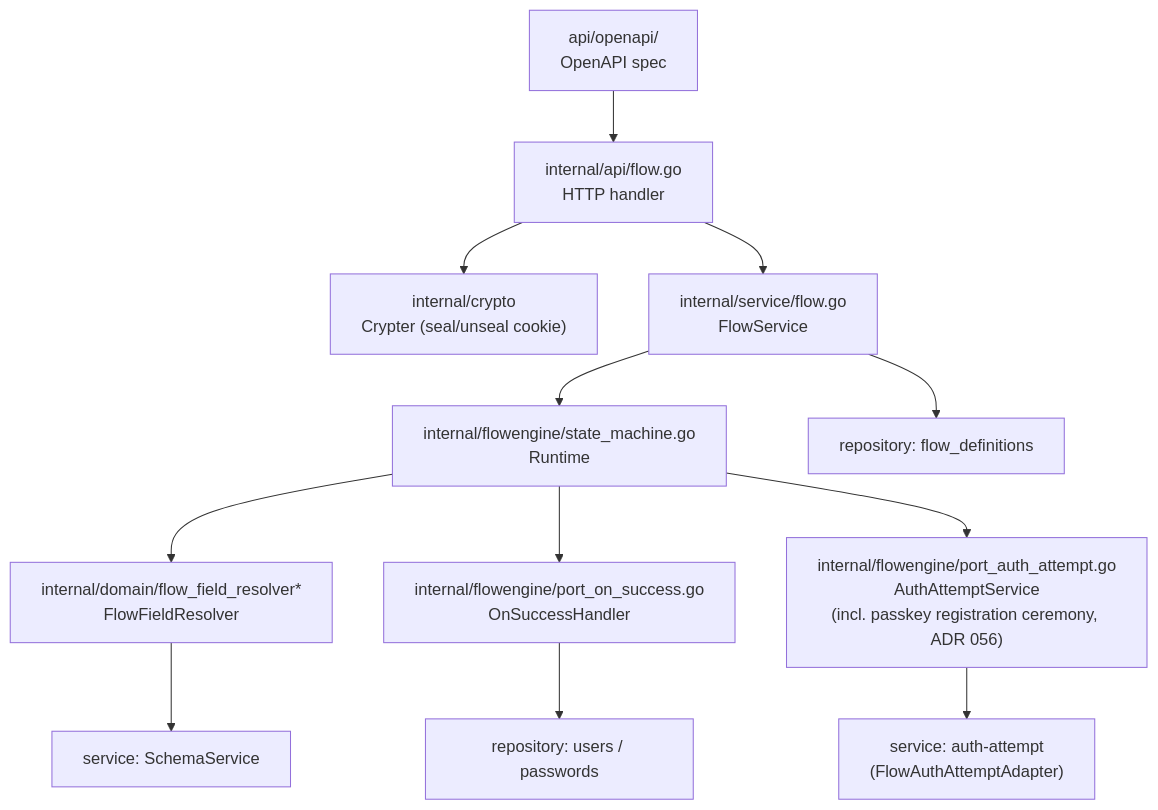
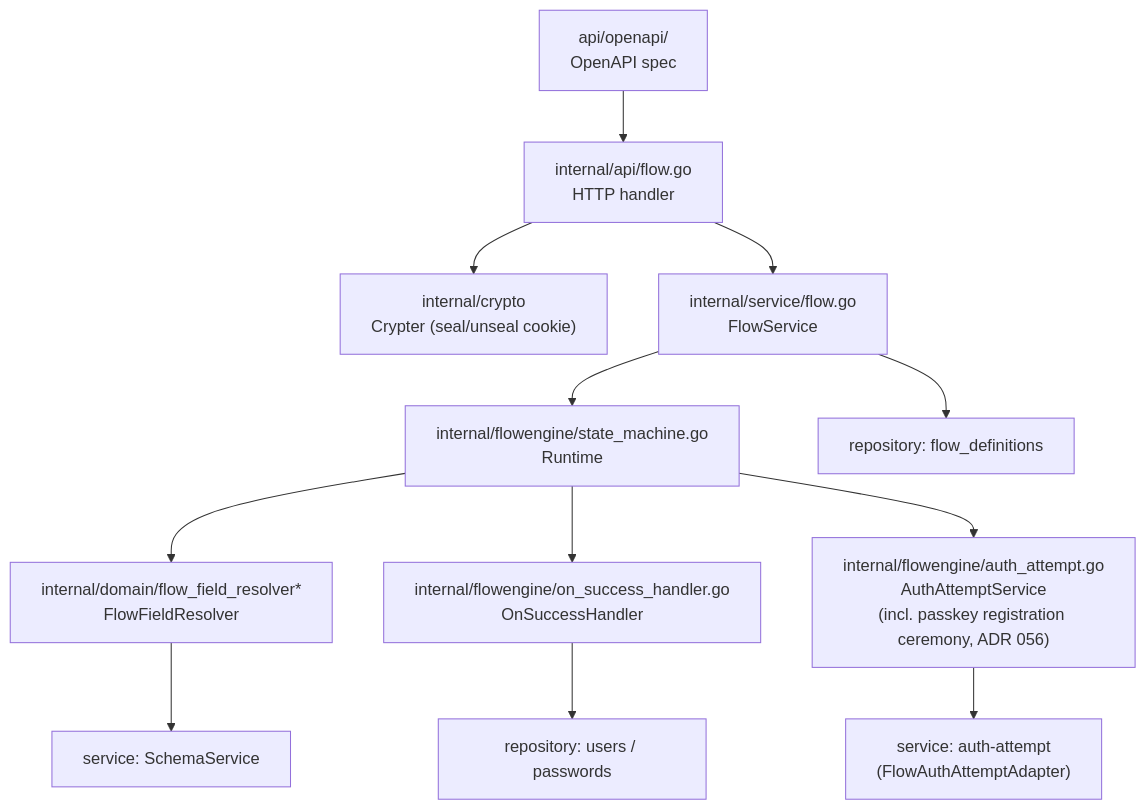
The first of 2 diagrams in docs/design/flowengine/architecture.md (zitadel/nextgen), drawn with Mermaid before and after one commit. The commit also changed other lines of this file and 10 other files, not shown here.

First line of the commit message:
refactor(api): name the flow engine's interface files by subject

````diff
--- a/docs/design/flowengine/architecture.md
+++ b/docs/design/flowengine/architecture.md
@@ -12,28 +12,28 @@
 ```mermaid
 graph TD
     OpenAPI["api/openapi/<br>OpenAPI spec"]
     Handler["internal/api/flow.go<br>HTTP handler"]
     Crypter["internal/crypto<br>Crypter (seal/unseal cookie)"]
     Service["internal/service/flow.go<br>FlowService"]
     SM["internal/flowengine/state_machine.go<br>Runtime"]
     FR["internal/domain/flow_field_resolver*<br>FlowFieldResolver"]
-    OS["internal/flowengine/port_on_success.go<br>OnSuccessHandler"]
-    AA["internal/flowengine/port_auth_attempt.go<br>AuthAttemptService<br>(incl. passkey registration ceremony, ADR 056)"]
+    OS["internal/flowengine/on_success_handler.go<br>OnSuccessHandler"]
+    AA["internal/flowengine/auth_attempt.go<br>AuthAttemptService<br>(incl. passkey registration ceremony, ADR 056)"]
 
     AAImpl["service: auth-attempt<br>(FlowAuthAttemptAdapter)"]
     Repo["repository: flow_definitions"]
     UserRepo["repository: users / passwords"]
     Schema["service: SchemaService"]
 
     OpenAPI --> Handler
     Handler --> Crypter
     Handler --> Service
     Service --> SM
     SM --> FR
     SM --> OS
     SM --> AA
     Service --> Repo
     FR --> Schema
     OS --> UserRepo
     AA --> AAImpl
 ```
````
